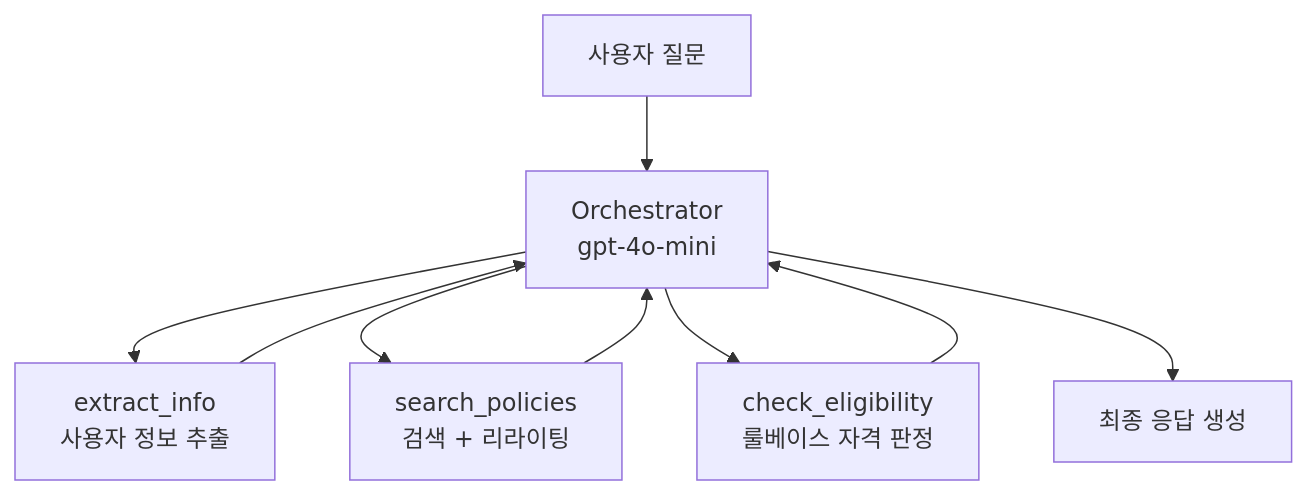
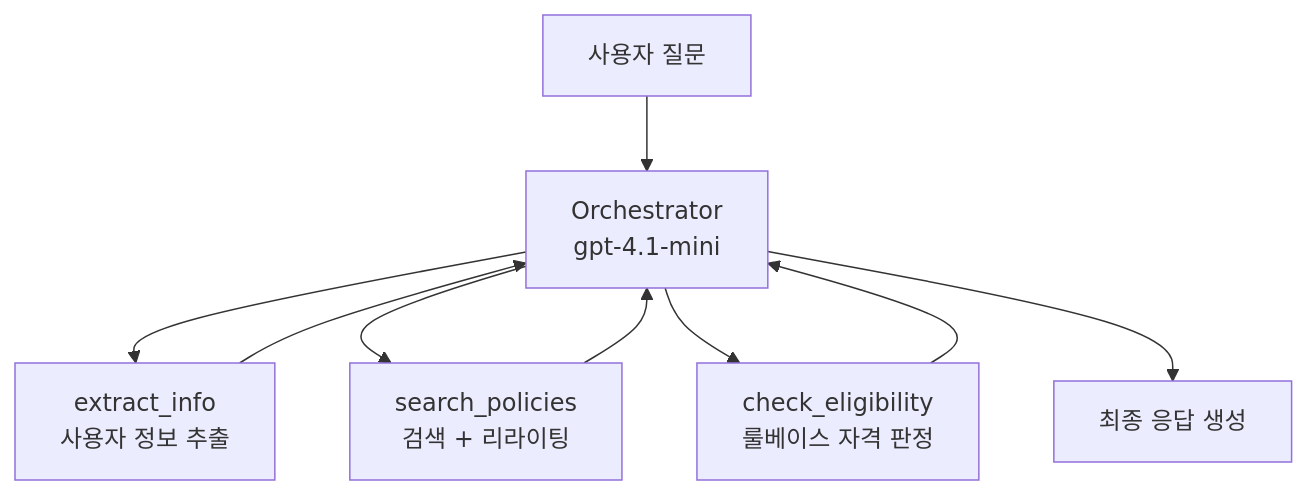
The second of 3 diagrams in README.md (yongjunan111/4brain-welfare), drawn with Mermaid before and after one commit. The commit also changed other lines of this file, not shown here.

````diff
--- a/README.md
+++ b/README.md
@@ -140,11 +143,11 @@
 ```mermaid
 flowchart TD
-    Q["사용자 질문"] --> O["Orchestrator<br/>gpt-4o-mini"]
+    Q["사용자 질문"] --> O["Orchestrator<br/>gpt-4.1-mini"]
     O --> E["extract_info<br/>사용자 정보 추출"]
     O --> S["search_policies<br/>검색 + 리라이팅"]
     O --> K["check_eligibility<br/>룰베이스 자격 판정"]
     E --> O
     S --> O
     K --> O
     O --> R["최종 응답 생성"]
 ```
````
